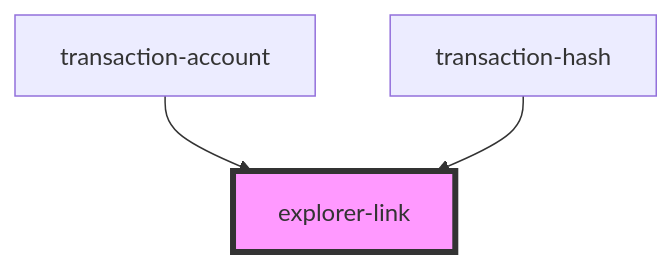
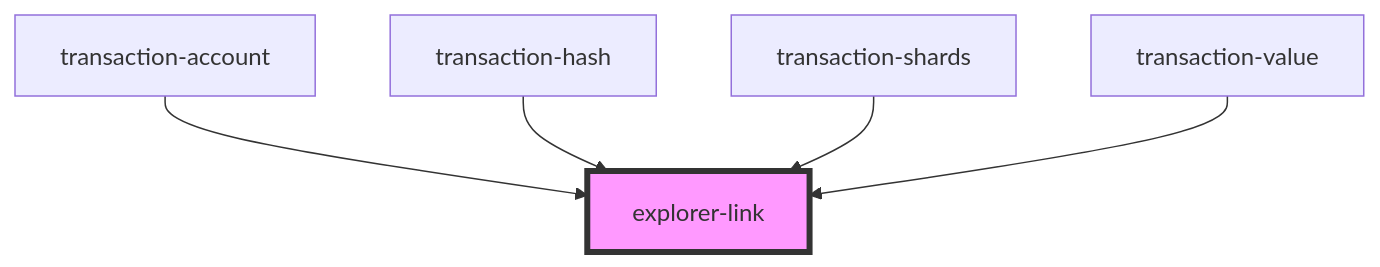
Before and after one commit to multiversx/mx-sdk-dapp-ui: the diagram in src/components/explorer-link/readme.md, drawn with Mermaid. The commit also changed other lines of this file and 11 other files, not shown here.

````diff
--- a/src/components/explorer-link/readme.md
+++ b/src/components/explorer-link/readme.md
@@ -27,6 +29,8 @@
 ```mermaid
 graph TD;
   transaction-account --> explorer-link
   transaction-hash --> explorer-link
+  transaction-shards --> explorer-link
+  transaction-value --> explorer-link
   style explorer-link fill:#f9f,stroke:#333,stroke-width:4px
 ```
````
